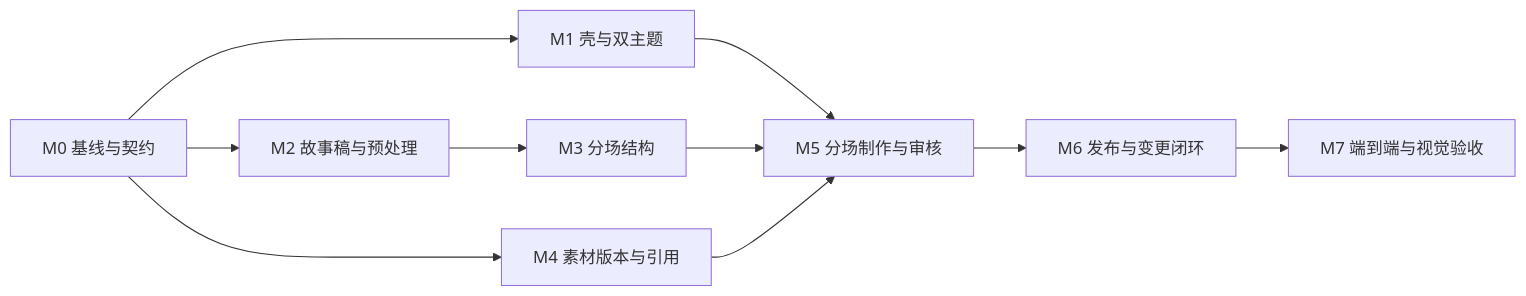
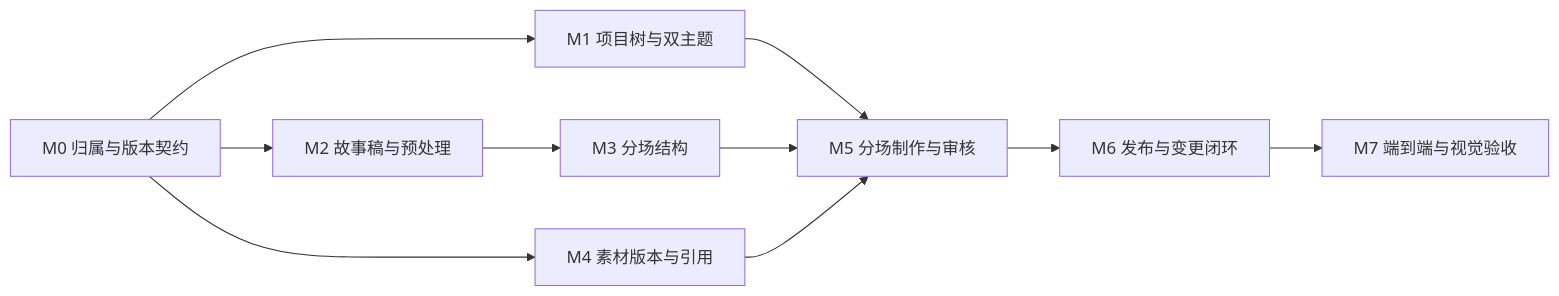
One commit to Aoike123/Storyloom changed the diagram in docs/workbench-redesign-2026-10-02/implementation-plan.md. Above: the diagram before and after it, drawn with Mermaid. The commit also changed other lines of this file and 3 other files, not shown here.

````diff
--- a/docs/workbench-redesign-2026-10-02/implementation-plan.md
+++ b/docs/workbench-redesign-2026-10-02/implementation-plan.md
@@ -17,12 +19,12 @@
 ```mermaid
 flowchart LR
-    M0[M0 基线与契约] --> M1[M1 壳与双主题]
+    M0[M0 归属与版本契约] --> M1[M1 项目树与双主题]
     M0 --> M2[M2 故事稿与预处理]
     M2 --> M3[M3 分场结构]
     M0 --> M4[M4 素材版本与引用]
     M1 --> M5[M5 分场制作与审核]
     M3 --> M5
     M4 --> M5
     M5 --> M6[M6 发布与变更闭环]
     M6 --> M7[M7 端到端与视觉验收]
 ```
````
